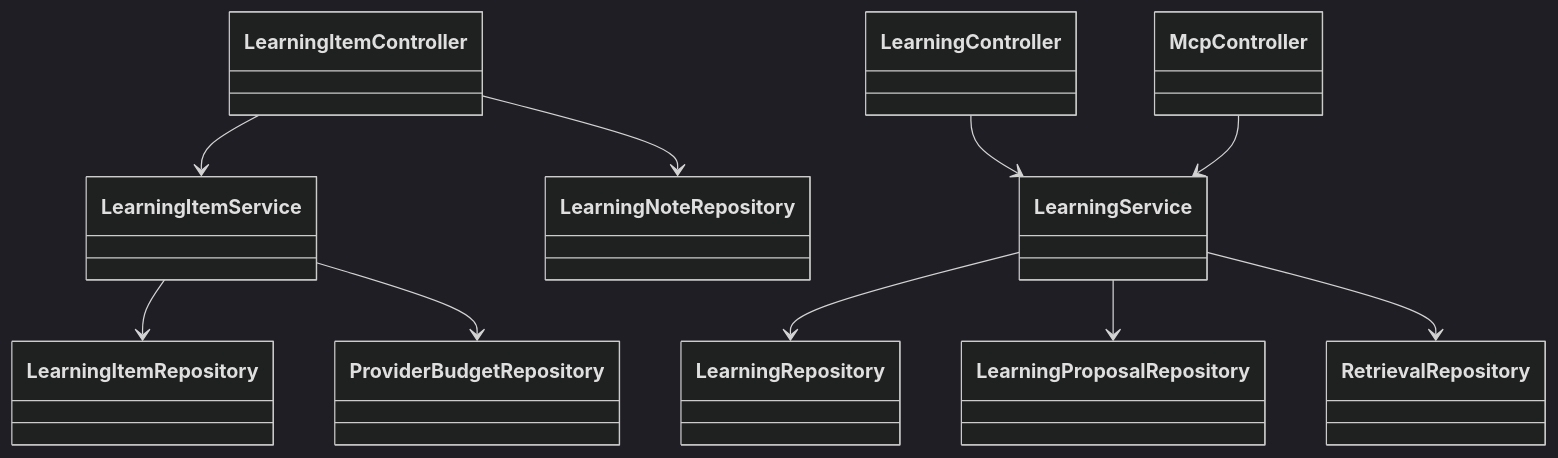
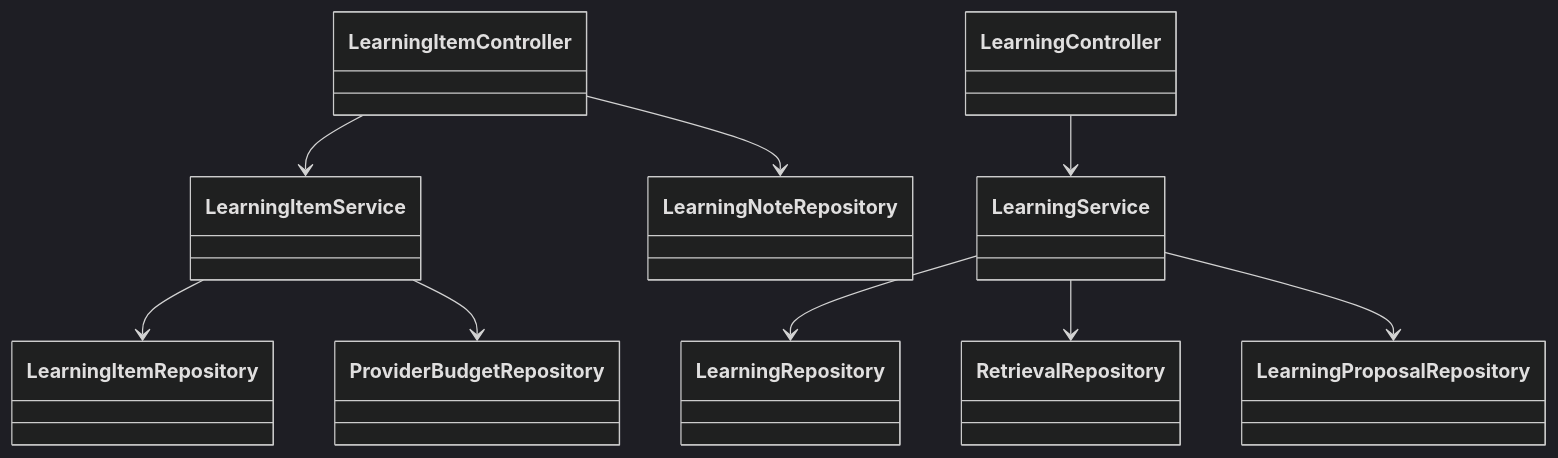
The fourth of 8 diagrams in docs/architecture.md (NearthYou/Studytube), drawn with Mermaid (dark theme) before and after one commit. The commit also changed other lines of this file and 7 other files, not shown here.

````diff
--- a/docs/architecture.md
+++ b/docs/architecture.md
@@ -44,24 +80,24 @@
 ```mermaid
 classDiagram
   class LearningItemController
   class LearningItemService
   class LearningItemRepository
   class LearningNoteRepository
   class ProviderBudgetRepository
+
   class LearningController
   class LearningService
   class LearningRepository
+  class RetrievalRepository
   class LearningProposalRepository
-  class RetrievalRepository
-  class McpController
 
   LearningItemController --> LearningItemService
   LearningItemController --> LearningNoteRepository
   LearningItemService --> LearningItemRepository
   LearningItemService --> ProviderBudgetRepository
+
   LearningController --> LearningService
   LearningService --> LearningRepository
+  LearningService --> RetrievalRepository
   LearningService --> LearningProposalRepository
-  LearningService --> RetrievalRepository
-  McpController --> LearningService
 ```
````
